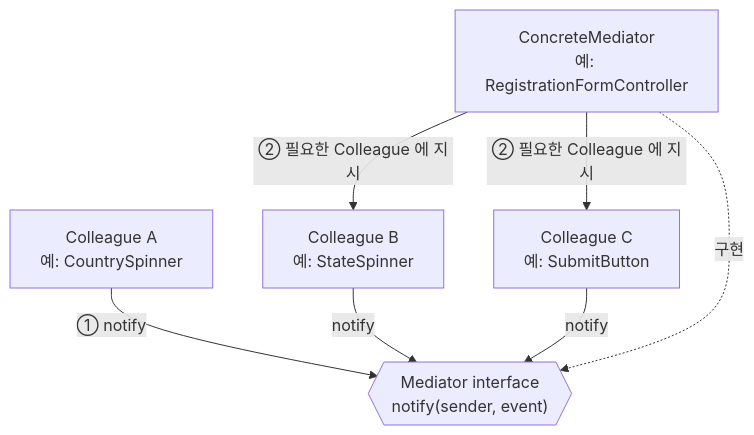
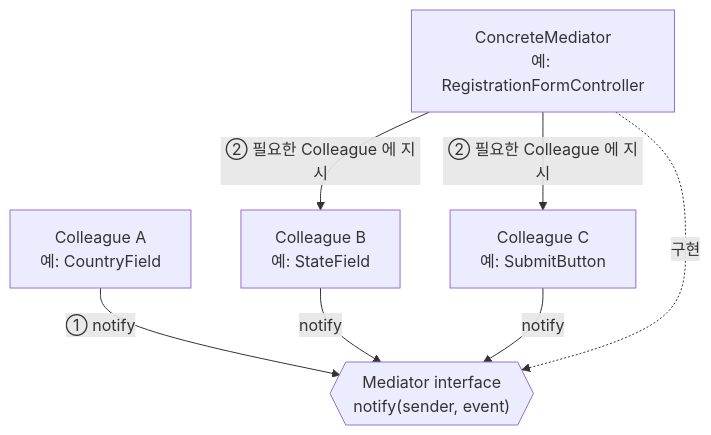
The first of 3 diagrams in 02_references/oop/design_pattern/behavioral/Mediator Pattern.md (youngmin-gwon/what-i-studied), drawn with Mermaid before and after one commit. The commit also changed other lines of this file and 20 other files, not shown here.

````diff
--- a/02_references/oop/design_pattern/behavioral/Mediator Pattern.md
+++ b/02_references/oop/design_pattern/behavioral/Mediator Pattern.md
@@ -33,15 +29,15 @@
 ```mermaid
 flowchart TB
-    ColleagueA["Colleague A<br/>예: CountrySpinner"]
-    ColleagueB["Colleague B<br/>예: StateSpinner"]
+    ColleagueA["Colleague A<br/>예: CountryField"]
+    ColleagueB["Colleague B<br/>예: StateField"]
     ColleagueC["Colleague C<br/>예: SubmitButton"]
     Mediator{{"Mediator interface<br/>notify(sender, event)"}}
     ConcreteMediator["ConcreteMediator<br/>예: RegistrationFormController"]
 
     ColleagueA -- "① notify" --> Mediator
     ColleagueB -- "notify" --> Mediator
     ColleagueC -- "notify" --> Mediator
     ConcreteMediator -. 구현 .-> Mediator
     ConcreteMediator -- "② 필요한 Colleague 에 지시" --> ColleagueB
     ConcreteMediator -- "② 필요한 Colleague 에 지시" --> ColleagueC
 ```
````
